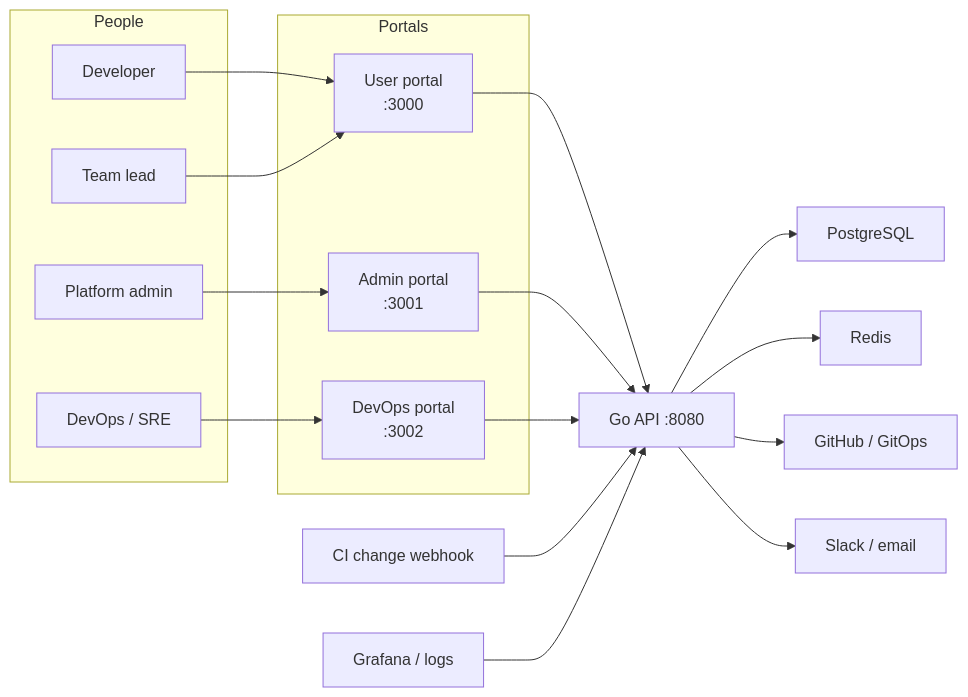
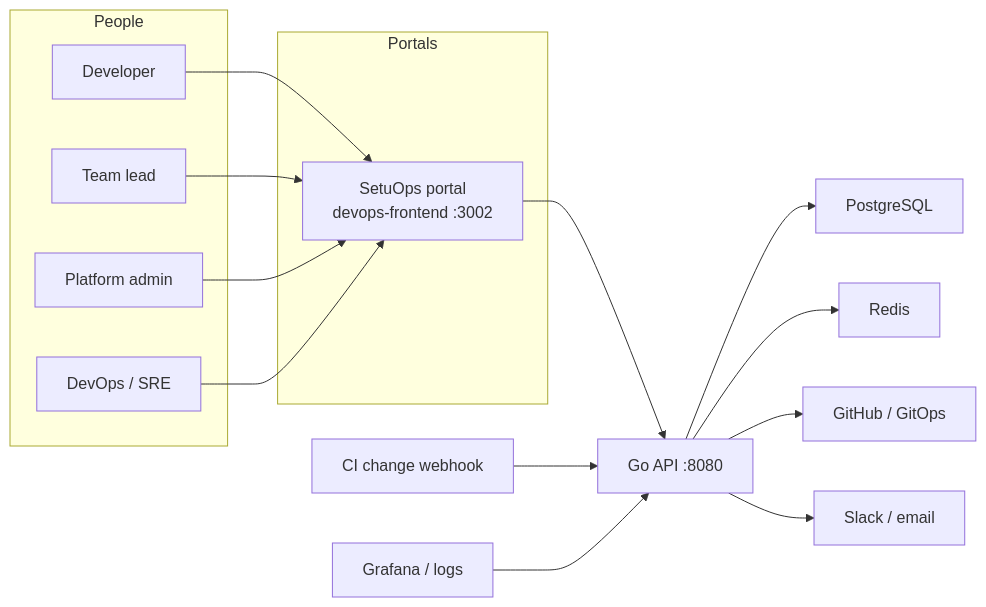
The diagram in README.md (shashank3656/devops_project), drawn with Mermaid before and after one commit. The commit also changed other lines of this file and 11 other files, not shown here.

````diff
--- a/README.md
+++ b/README.md
@@ -38,37 +39,33 @@
 ```mermaid
 flowchart LR
     subgraph People
         Dev["Developer"]
         Lead["Team lead"]
         Admin["Platform admin"]
         Ops["DevOps / SRE"]
     end
 
     subgraph Portals
-        User["User portal<br/>:3000"]
-        Adm["Admin portal<br/>:3001"]
-        DevOps["DevOps portal<br/>:3002"]
+        DevOps["SetuOps portal<br/>devops-frontend :3002"]
     end
 
     API["Go API :8080"]
     DB["PostgreSQL"]
     Redis["Redis"]
     GH["GitHub / GitOps"]
     CI["CI change webhook"]
     Graf["Grafana / logs"]
     Notify["Slack / email"]
 
-    Dev --> User
-    Lead --> User
-    Admin --> Adm
+    Dev --> DevOps
+    Lead --> DevOps
+    Admin --> DevOps
     Ops --> DevOps
-    User --> API
-    Adm --> API
     DevOps --> API
     API --> DB
     API --> Redis
     API --> GH
     API --> Notify
     CI --> API
     Graf --> API
 ```
````
